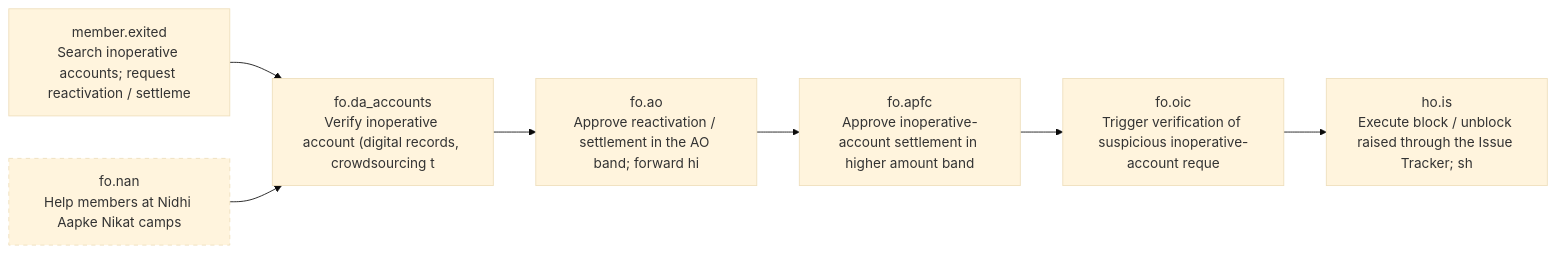
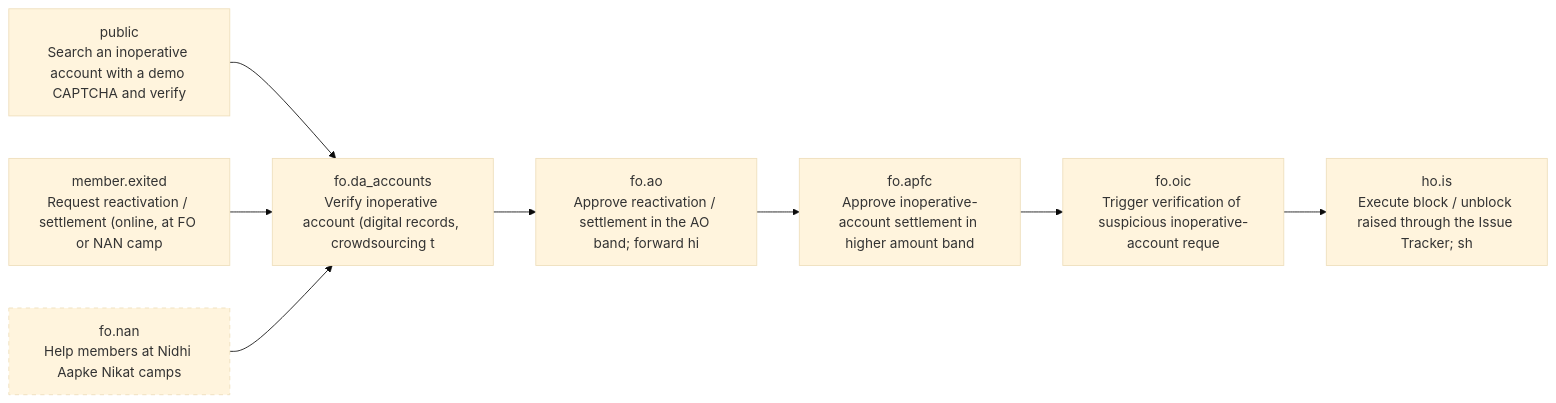
Before and after one commit to gauravmeena0708/pf-life: diagram 11 of 14 in docs/stakeholder-api-sets.md, drawn with Mermaid (base theme). The commit also changed other lines of this file and 73 other files, not shown here.

First line of the commit message:
P2.12a: Form 16A, the quarterly TDS statement, UAN allotment and activation, inoperative accounts

````diff
--- a/docs/stakeholder-api-sets.md
+++ b/docs/stakeholder-api-sets.md
@@ -1857,17 +1857,19 @@
 ```mermaid
 flowchart LR
-  F11_search["member.exited<br/>Search inoperative accounts; request reactivation / settleme"]
+  F11_public_search["public<br/>Search an inoperative account with a demo CAPTCHA and verify"]
+  F11_search["member.exited<br/>Request reactivation / settlement (online, at FO or NAN camp"]
   F11_nan["fo.nan<br/>Help members at Nidhi Aapke Nikat camps"]
   style F11_nan stroke-dasharray: 5 5
   F11_verify["fo.da_accounts<br/>Verify inoperative account (digital records, crowdsourcing t"]
   F11_approve["fo.ao<br/>Approve reactivation / settlement in the AO band; forward hi"]
   F11_approve_apfc["fo.apfc<br/>Approve inoperative-account settlement in higher amount band"]
   F11_oic_monitor["fo.oic<br/>Trigger verification of suspicious inoperative-account reque"]
+  F11_public_search --> F11_verify
   F11_search --> F11_verify
   F11_nan --> F11_verify
   F11_verify --> F11_approve
   F11_approve --> F11_approve_apfc
   F11_approve_apfc --> F11_oic_monitor
   F07_block["ho.is<br/>Execute block / unblock raised through the Issue Tracker; sh"]
   F11_oic_monitor --> F07_block
 ```
````
